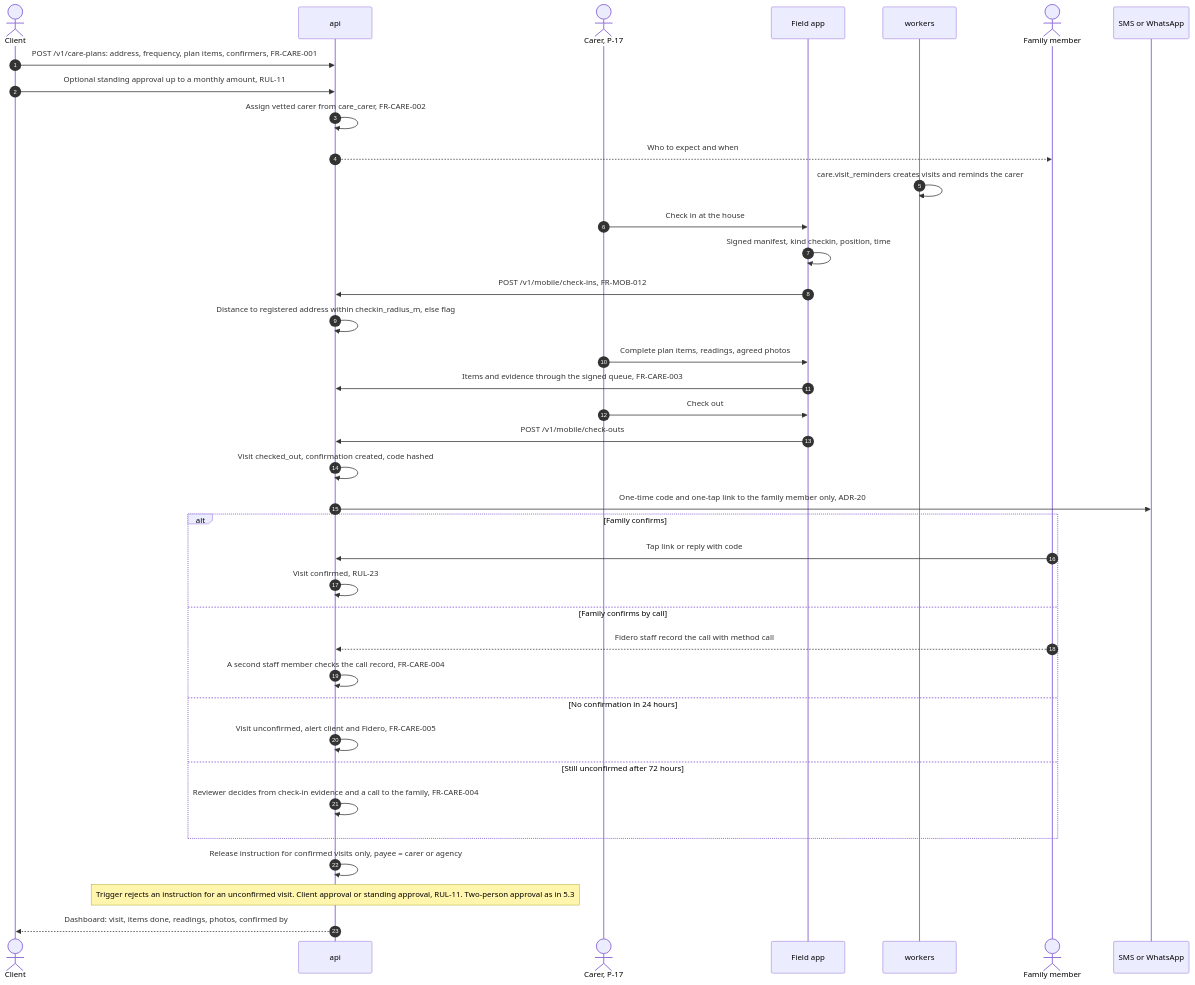
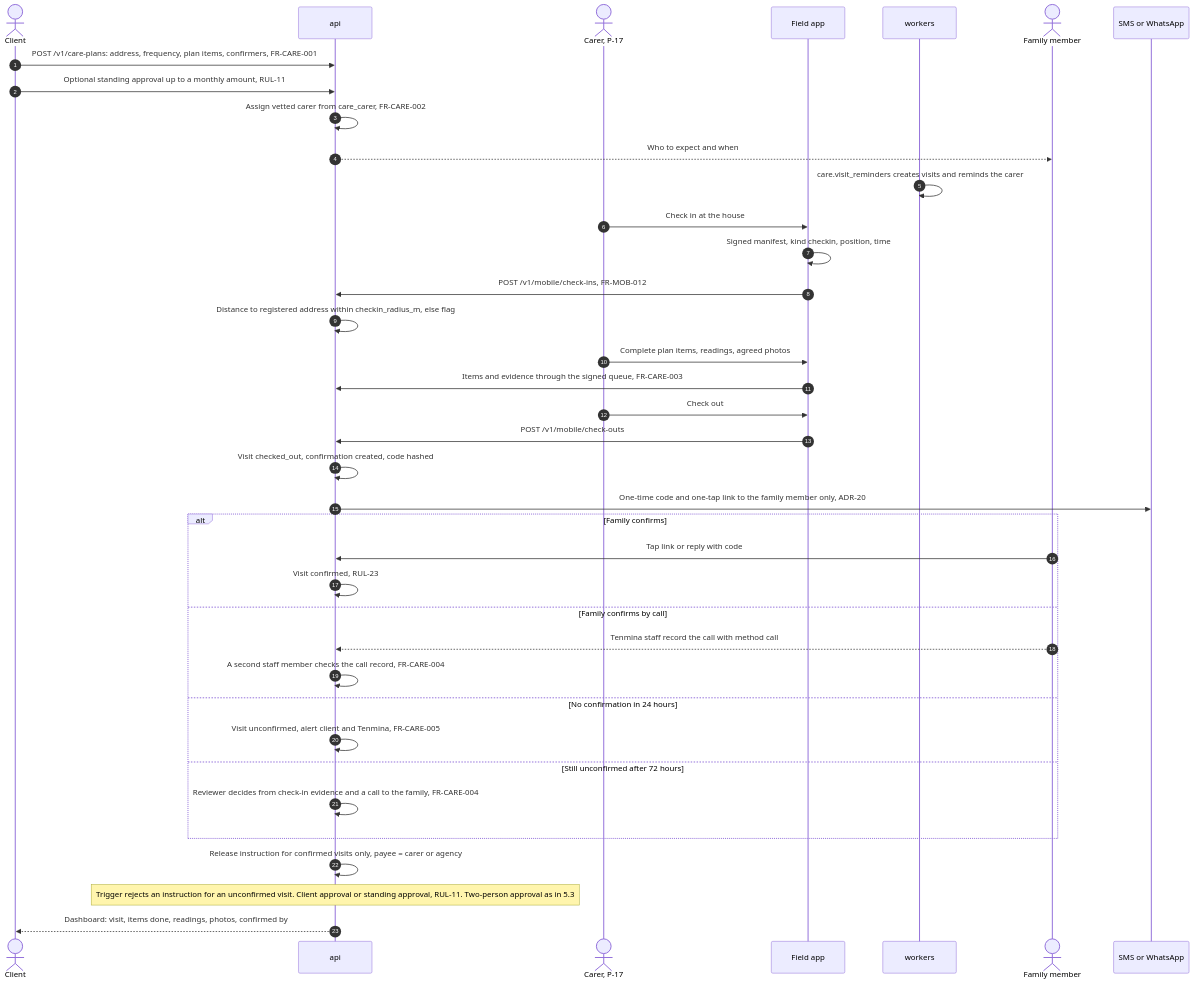
One commit to 1SteveMens/Fidero changed diagram 11 of 16 in docs/specs/02-architecture-and-technical-design.md. Above: the diagram before and after it, drawn with Mermaid. The commit also changed other lines of this file and 90 other files, not shown here.

First line of the commit message:
Rename Fidero to Tenmina

````diff
--- a/docs/specs/02-architecture-and-technical-design.md
+++ b/docs/specs/02-architecture-and-technical-design.md
@@ -861,40 +861,40 @@
 ```mermaid
 sequenceDiagram
     autonumber
     actor Cl as Client
     participant A as api
     actor Ca as Carer, P-17
     participant App as Field app
     participant W as workers
     actor F as Family member
     participant N as SMS or WhatsApp
     Cl->>A: POST /v1/care-plans: address, frequency, plan items, confirmers, FR-CARE-001
     Cl->>A: Optional standing approval up to a monthly amount, RUL-11
     A->>A: Assign vetted carer from care_carer, FR-CARE-002
     A-->>F: Who to expect and when
     W->>W: care.visit_reminders creates visits and reminds the carer
     Ca->>App: Check in at the house
     App->>App: Signed manifest, kind checkin, position, time
     App->>A: POST /v1/mobile/check-ins, FR-MOB-012
     A->>A: Distance to registered address within checkin_radius_m, else flag
     Ca->>App: Complete plan items, readings, agreed photos
     App->>A: Items and evidence through the signed queue, FR-CARE-003
     Ca->>App: Check out
     App->>A: POST /v1/mobile/check-outs
     A->>A: Visit checked_out, confirmation created, code hashed
     A->>N: One-time code and one-tap link to the family member only, ADR-20
     alt Family confirms
         F->>A: Tap link or reply with code
         A->>A: Visit confirmed, RUL-23
     else Family confirms by call
-        F-->>A: Fidero staff record the call with method call
+        F-->>A: Tenmina staff record the call with method call
         A->>A: A second staff member checks the call record, FR-CARE-004
     else No confirmation in 24 hours
-        A->>A: Visit unconfirmed, alert client and Fidero, FR-CARE-005
+        A->>A: Visit unconfirmed, alert client and Tenmina, FR-CARE-005
     else Still unconfirmed after 72 hours
         A->>A: Reviewer decides from check-in evidence and a call to the family, FR-CARE-004
     end
     A->>A: Release instruction for confirmed visits only, payee = carer or agency
     Note over A: Trigger rejects an instruction for an unconfirmed visit. Client approval or standing approval, RUL-11. Two-person approval as in 5.3
     A-->>Cl: Dashboard: visit, items done, readings, photos, confirmed by
 ```
````
